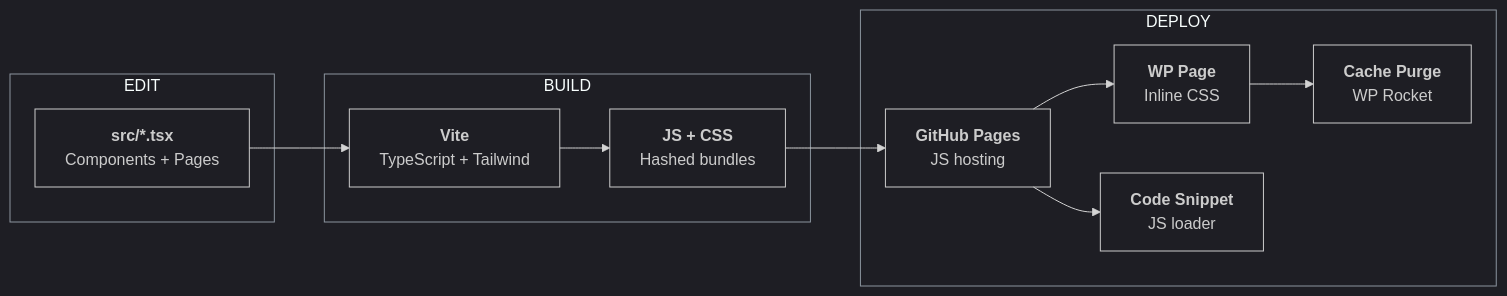
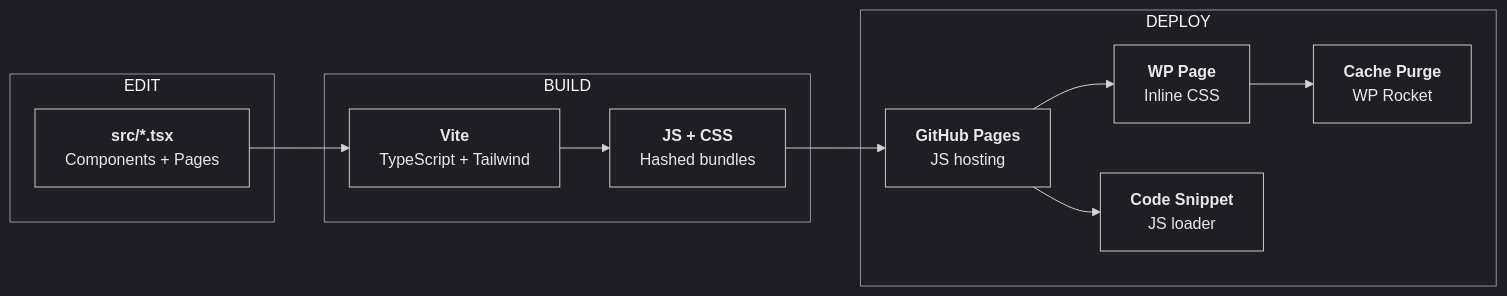
The first of 3 diagrams in README.md (sellersessions/sellersessions-design-system), drawn with Mermaid before and after one commit. The commit also changed other lines of this file and 8 other files, not shown here.

````diff
--- a/README.md
+++ b/README.md
@@ -29,35 +29,35 @@
 ```mermaid
-%%{init: {'theme': 'dark', 'themeVariables': {'clusterBkg': 'transparent', 'clusterBorder': '#8b949e'}}}%%
+%%{init: {'theme': 'dark', 'themeVariables': {'nodeTextColor': '#e8e8e8', 'primaryTextColor': '#e8e8e8', 'secondaryTextColor': '#cccccc', 'tertiaryTextColor': '#cccccc', 'clusterBkg': 'transparent', 'clusterBorder': '#8b949e'}}}%%
 
 flowchart LR
     subgraph EDIT[" EDIT "]
         SRC["<b>src/*.tsx</b><br/>Components + Pages"]
     end
 
     subgraph BUILD[" BUILD "]
         VITE["<b>Vite</b><br/>TypeScript + Tailwind"]
         ASSETS["<b>JS + CSS</b><br/>Hashed bundles"]
     end
 
     subgraph DEPLOY[" DEPLOY "]
         GH["<b>GitHub Pages</b><br/>JS hosting"]
         PAGE["<b>WP Page</b><br/>Inline CSS"]
         SNIP["<b>Code Snippet</b><br/>JS loader"]
         PURGE["<b>Cache Purge</b><br/>WP Rocket"]
     end
 
     SRC --> VITE
     VITE --> ASSETS
     ASSETS --> GH
     GH --> PAGE
     GH --> SNIP
     PAGE --> PURGE
 
-    style SRC fill:none,stroke-width:1px
-    style VITE fill:none,stroke-width:1px
-    style ASSETS fill:none,stroke-width:1px
-    style GH fill:none,stroke-width:1px
-    style PAGE fill:none,stroke-width:1px
-    style SNIP fill:none,stroke-width:1px
-    style PURGE fill:none,stroke-width:1px
+    style SRC fill:none,stroke-width:1px,color:#e8e8e8
+    style VITE fill:none,stroke-width:1px,color:#e8e8e8
+    style ASSETS fill:none,stroke-width:1px,color:#e8e8e8
+    style GH fill:none,stroke-width:1px,color:#e8e8e8
+    style PAGE fill:none,stroke-width:1px,color:#e8e8e8
+    style SNIP fill:none,stroke-width:1px,color:#e8e8e8
+    style PURGE fill:none,stroke-width:1px,color:#e8e8e8
 ```
````
